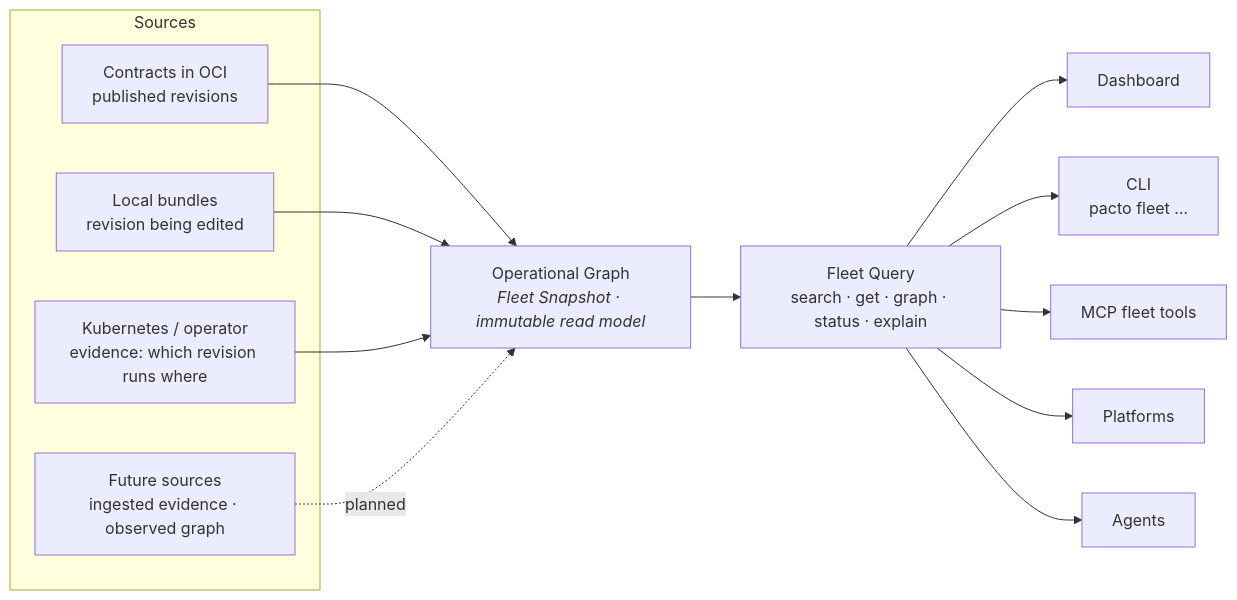
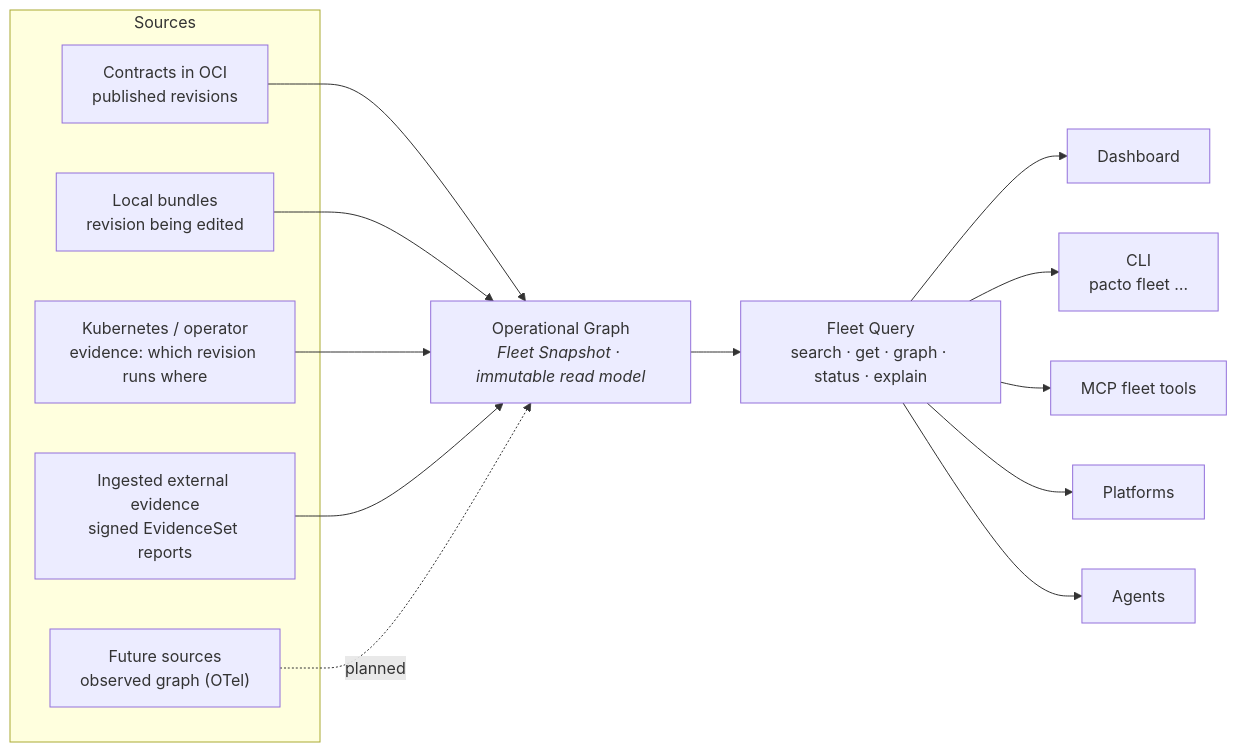
The first of 2 diagrams in docs/operational-graph.md (TrianaLab/pacto), drawn with Mermaid before and after one commit. The commit also changed other lines of this file and 20 other files, not shown here.

First line of the commit message:
feat(fleet): signed external EvidenceSet ingestion protocol

````diff
--- a/docs/operational-graph.md
+++ b/docs/operational-graph.md
@@ -151,20 +153,22 @@
 ```mermaid
 flowchart LR
     subgraph Sources["Sources"]
         OCI["Contracts in OCI<br/>published revisions"]
         LOCAL["Local bundles<br/>revision being edited"]
         K8S["Kubernetes / operator<br/>evidence: which revision runs where"]
-        FUT["Future sources<br/>ingested evidence · observed graph"]
+        EVI["Ingested external evidence<br/>signed EvidenceSet reports"]
+        FUT["Future sources<br/>observed graph (OTel)"]
     end
     OCI --> OG
     LOCAL --> OG
     K8S --> OG
+    EVI --> OG
     FUT -. planned .-> OG
     OG["Operational Graph<br/><i>Fleet Snapshot · immutable read model</i>"]
     OG --> Q["Fleet Query<br/>search · get · graph · status · explain"]
     Q --> DASH["Dashboard"]
     Q --> CLI["CLI<br/>pacto fleet …"]
     Q --> MCP["MCP fleet tools"]
     Q --> PLAT["Platforms"]
     Q --> AGENT["Agents"]
 ```
````
